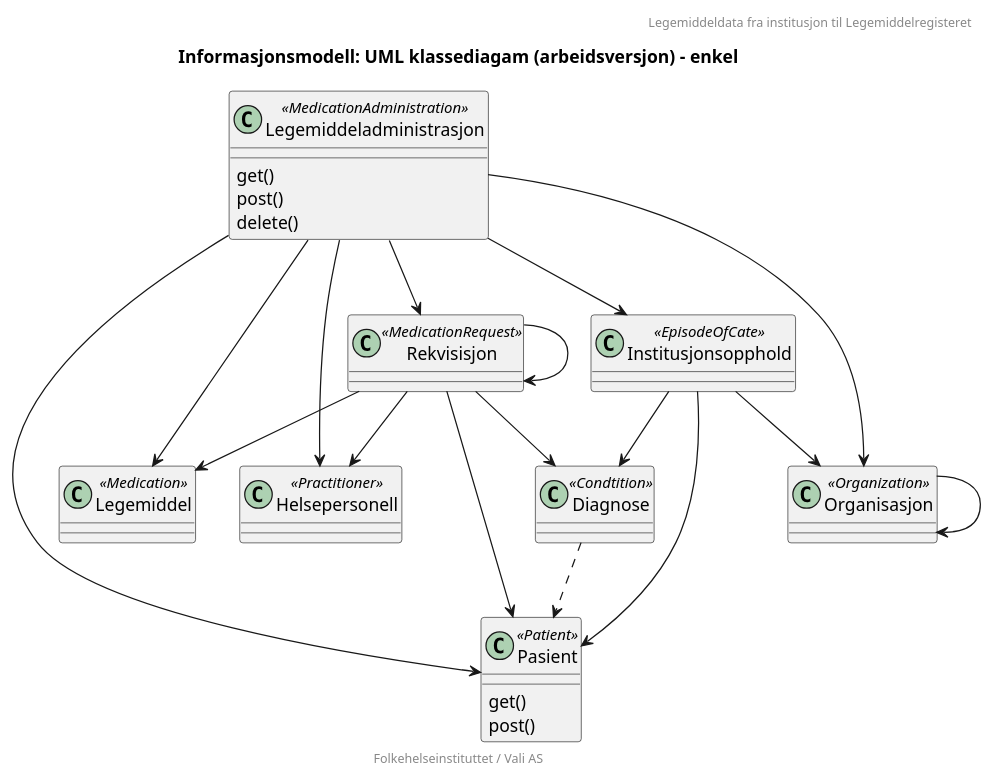
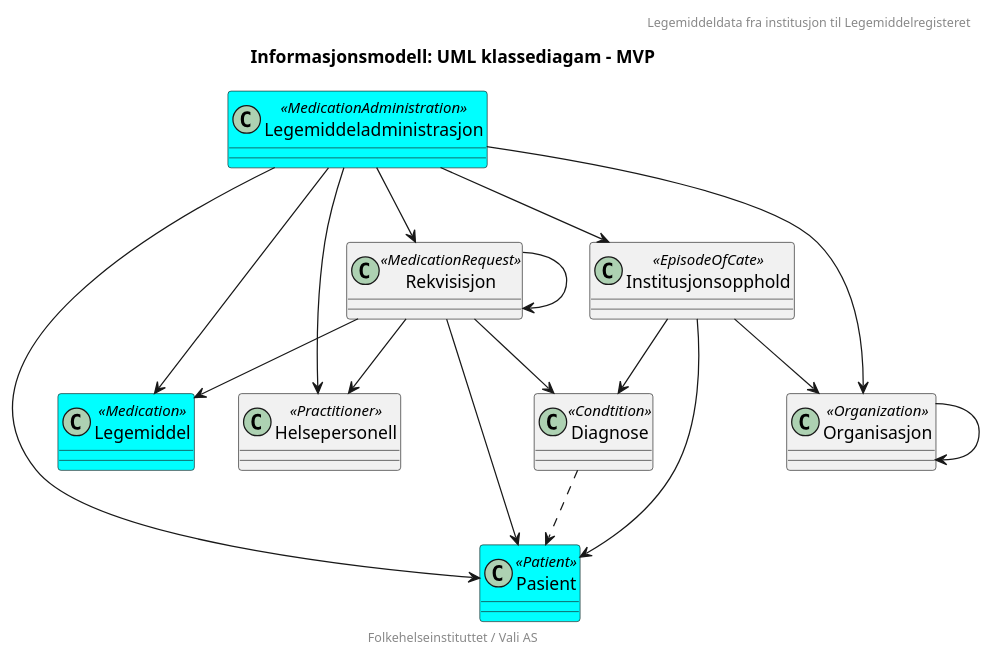
The diagram in LMDI/input/images/informasjonsmodell-enkel.plantuml (HL7Norway/LMDI), drawn with PlantUML before and after one commit.

Commit message:
Update informasjonsmodell-enkel.plantuml
Fargekodet MVP

```diff
--- a/LMDI/input/images/informasjonsmodell-enkel.plantuml
+++ b/LMDI/input/images/informasjonsmodell-enkel.plantuml
@@ -1,56 +1,51 @@
 @startuml
 
 header "Legemiddeldata fra institusjon til Legemiddelregisteret"
-title "Informasjonsmodell: UML klassediagam (arbeidsversjon) - enkel"
+title "Informasjonsmodell: UML klassediagam - MVP"
 footer "Folkehelseinstituttet / Vali AS"
 
-class Pasient <<Patient>> {
-get()
-post()
+class Pasient <<Patient>> #cyan {
 }
 
-class Legemiddeladministrasjon <<MedicationAdministration>> {
-get()
-post()
-delete()
+class Legemiddeladministrasjon <<MedicationAdministration>> #cyan {
 }
 
 Legemiddeladministrasjon --> Legemiddel 
 Legemiddeladministrasjon --> Pasient
 Legemiddeladministrasjon --> Helsepersonell
 Legemiddeladministrasjon --> Organisasjon
 Legemiddeladministrasjon --> Rekvisisjon
 Legemiddeladministrasjon --> Institusjonsopphold
 
-class Legemiddel <<Medication>> {
+class Legemiddel <<Medication>> #cyan {
 }
 
 class Helsepersonell <<Practitioner>> {
 }
 class Organisasjon <<Organization>> {
 }
 
 Organisasjon --> Organisasjon
 
 class Institusjonsopphold <<EpisodeOfCate>> {
 }
 
 Institusjonsopphold --> Pasient
 Institusjonsopphold --> Organisasjon
 Institusjonsopphold --> Diagnose
 
 class Diagnose <<Condtition>> {
 }
 
 Diagnose ..> Pasient
 
 class Rekvisisjon <<MedicationRequest>> {
 }
 
 Rekvisisjon --> Diagnose
 Rekvisisjon --> Legemiddel
 Rekvisisjon --> Pasient
 Rekvisisjon --> Helsepersonell
 Rekvisisjon --> Rekvisisjon
 
 @enduml
```
